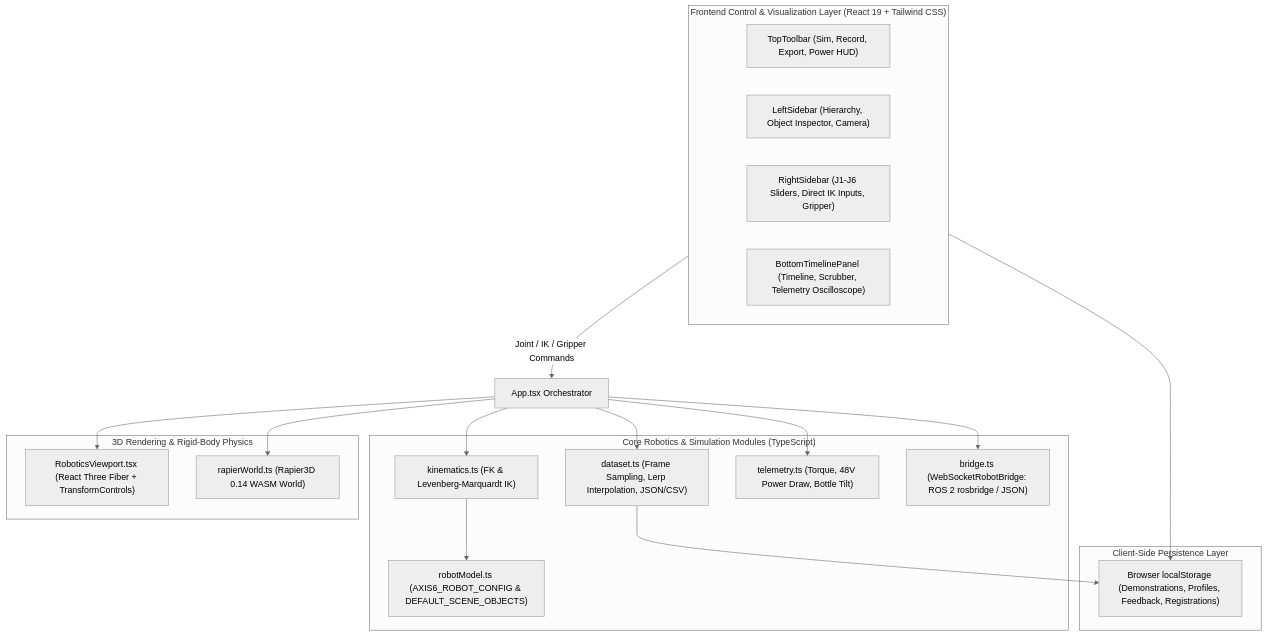
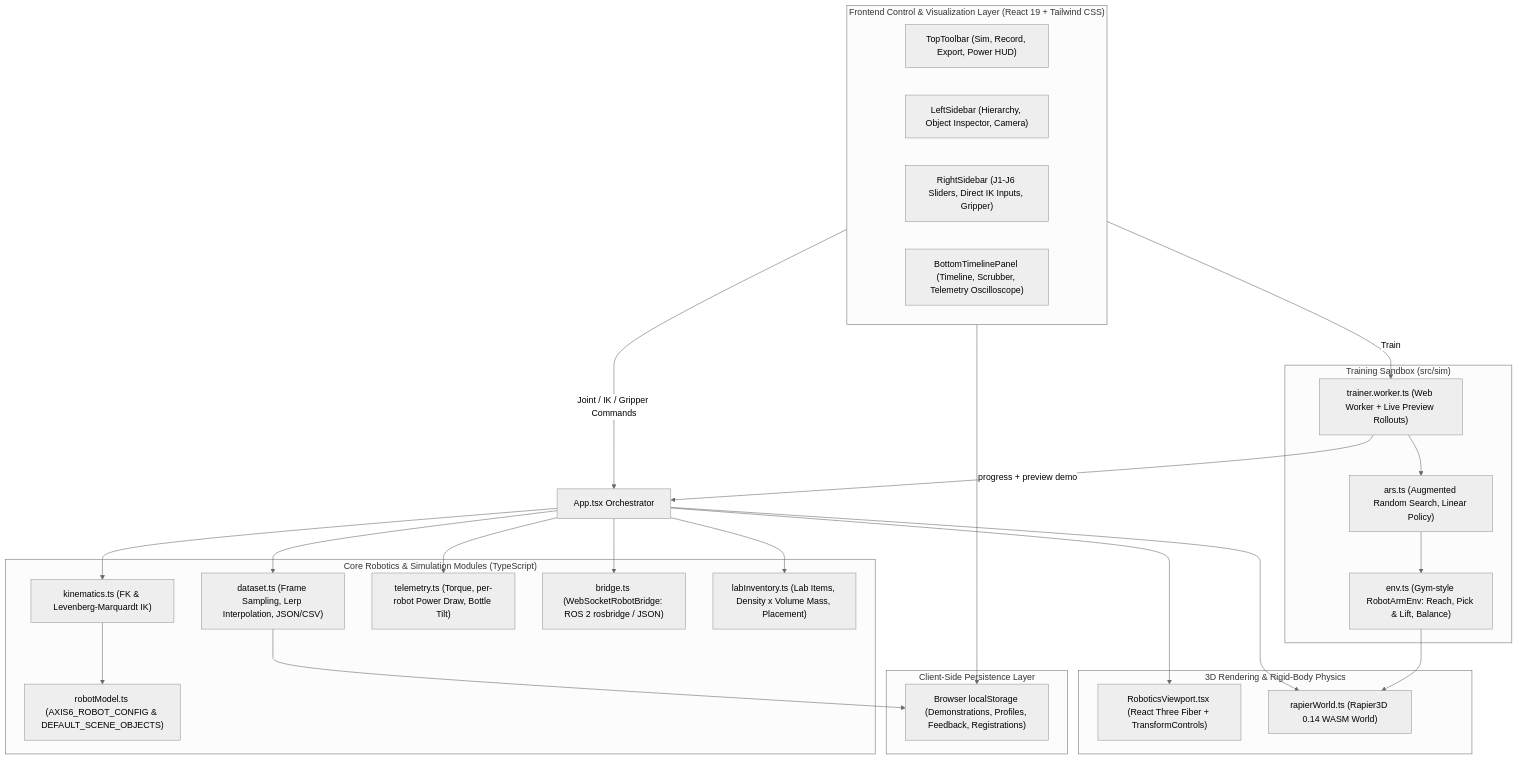
The first of 4 diagrams in README.md (madiwka1/Robot-ARM-Real-Physics-Based-Sim-), drawn with Mermaid (neutral theme) before and after one commit. The commit also changed other lines of this file and 25 other files, not shown here.

````diff
--- a/README.md
+++ b/README.md
@@ -106,37 +114,48 @@
 ```mermaid
 flowchart TB
     subgraph UI["Frontend Control & Visualization Layer (React 19 + Tailwind CSS)"]
         TB["TopToolbar (Sim, Record, Export, Power HUD)"]
         LS["LeftSidebar (Hierarchy, Object Inspector, Camera)"]
         RS["RightSidebar (J1-J6 Sliders, Direct IK Inputs, Gripper)"]
         BT["BottomTimelinePanel (Timeline, Scrubber, Telemetry Oscilloscope)"]
     end
 
     subgraph Core["Core Robotics & Simulation Modules (TypeScript)"]
         KM["kinematics.ts (FK & Levenberg-Marquardt IK)"]
         RM["robotModel.ts (AXIS6_ROBOT_CONFIG & DEFAULT_SCENE_OBJECTS)"]
         DS["dataset.ts (Frame Sampling, Lerp Interpolation, JSON/CSV)"]
-        TM["telemetry.ts (Torque, 48V Power Draw, Bottle Tilt)"]
+        TM["telemetry.ts (Torque, per-robot Power Draw, Bottle Tilt)"]
         BR["bridge.ts (WebSocketRobotBridge: ROS 2 rosbridge / JSON)"]
+        INV["labInventory.ts (Lab Items, Density x Volume Mass, Placement)"]
+    end
+
+    subgraph Sim["Training Sandbox (src/sim)"]
+        ENV["env.ts (Gym-style RobotArmEnv: Reach, Pick & Lift, Balance)"]
+        ARS["ars.ts (Augmented Random Search, Linear Policy)"]
+        WK["trainer.worker.ts (Web Worker + Live Preview Rollouts)"]
     end
 
     subgraph Engines["3D Rendering & Rigid-Body Physics"]
         R3F["RoboticsViewport.tsx (React Three Fiber + TransformControls)"]
         RAP["rapierWorld.ts (Rapier3D 0.14 WASM World)"]
     end
 
     subgraph Storage["Client-Side Persistence Layer"]
         LSDB["Browser localStorage (Demonstrations, Profiles, Feedback, Registrations)"]
     end
 
     UI -->|"Joint / IK / Gripper Commands"| AppState["App.tsx Orchestrator"]
     AppState --> KM
     KM --> RM
     AppState --> DS
     AppState --> TM
     AppState --> R3F
     AppState --> RAP
     AppState --> BR
+    AppState --> INV
+    UI -->|"Train"| WK
+    WK --> ARS --> ENV --> RAP
+    WK -->|"progress + preview demo"| AppState
     DS --> LSDB
     UI --> LSDB
 ```
````
